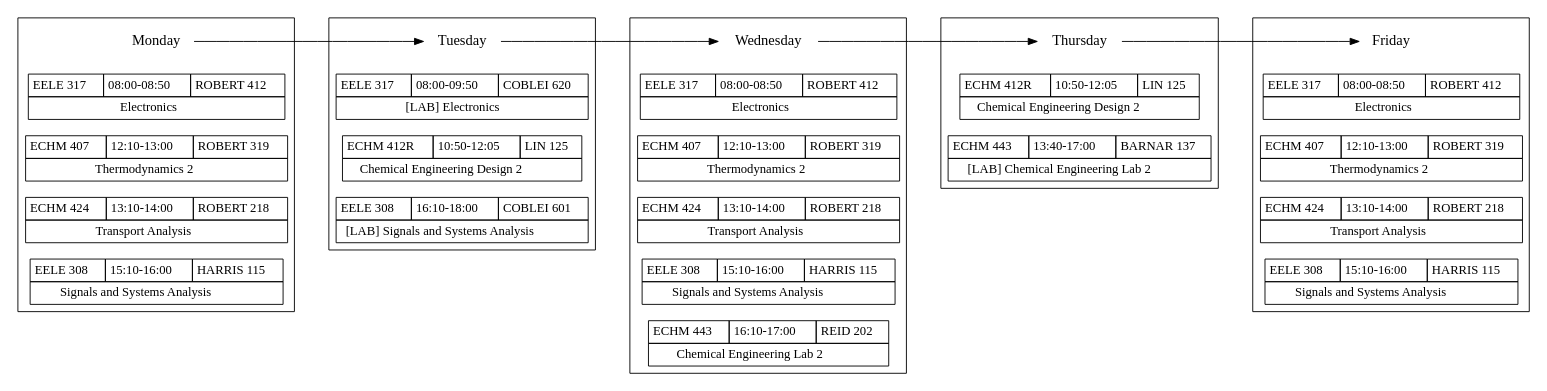
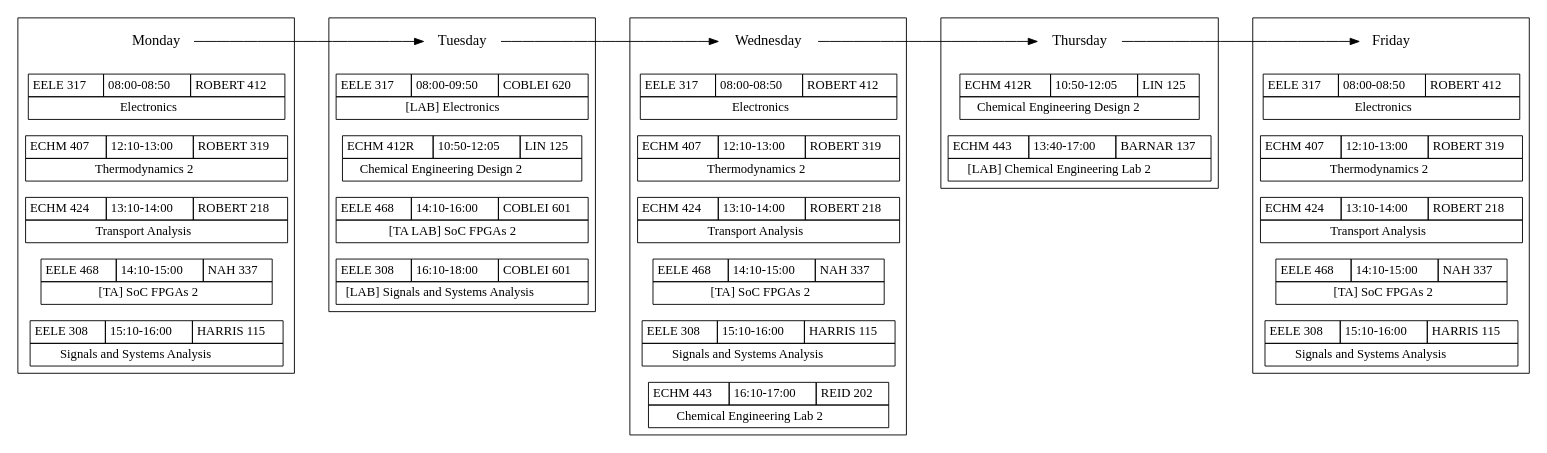
Before and after one commit to w-culhane/schedule-flowchart: the diagram in schedule_4-senior-sem-2-spring.gv, drawn with Graphviz.

Commit message:
Add preliminary TA schedule

```diff
--- a/schedule_4-senior-sem-2-spring.gv
+++ b/schedule_4-senior-sem-2-spring.gv
@@ -6,7 +6,7 @@
     }
 
     {node [shape=none, margin=0]
-	subgraph clustermonday { rank = same; "Monday"; "EELE317-m"; "ECHM407-m"; "ECHM424-m"; "EELE308-m"; }
+	subgraph clustermonday { rank = same; "Monday"; "EELE317-m"; "ECHM407-m"; "ECHM424-m"; "EELE468-m-TA"; "EELE308-m"; }
     }
 
     "EELE317-m" [label=<
@@ -39,6 +39,16 @@
 		 <TR><TD COLSPAN="3">Transport Analysis</TD></TR>
 		 </TABLE>>];
 
+    "EELE468-m-TA" [label=<
+		    <TABLE BORDER="0" CELLBORDER="1" CELLSPACING="0" CELLPADDING="4">
+		    <TR>
+		    <TD>EELE 468</TD>
+		    <TD>14:10-15:00</TD>
+		    <TD>NAH 337</TD>
+		    </TR>
+		    <TR><TD COLSPAN="3">[TA] SoC FPGAs 2</TD></TR>
+		    </TABLE>>];
+
     "EELE308-m" [label=<
 		 <TABLE BORDER="0" CELLBORDER="1" CELLSPACING="0" CELLPADDING="4">
 		 <TR>
@@ -50,7 +60,7 @@
 		 </TABLE>>];
 
     {node [shape=none, margin=0]
-	subgraph clustertuesday { rank = same; "Tuesday"; "EELE317-t-lab"; "ECHM412R-t"; "EELE308-t"; }
+	subgraph clustertuesday { rank = same; "Tuesday"; "EELE317-t-lab"; "ECHM412R-t"; "EELE468-t-TA"; "EELE308-t"; }
     }
 
     "EELE317-t-lab" [label=<
@@ -73,6 +83,16 @@
 		  <TR><TD COLSPAN="3">Chemical Engineering Design 2</TD></TR>
 		  </TABLE>>];
 
+    "EELE468-t-TA" [label=<
+		    <TABLE BORDER="0" CELLBORDER="1" CELLSPACING="0" CELLPADDING="4">
+		    <TR>
+		    <TD>EELE 468</TD>
+		    <TD>14:10-16:00</TD>
+		    <TD>COBLEI 601</TD>
+		    </TR>
+		    <TR><TD COLSPAN="3">[TA LAB] SoC FPGAs 2</TD></TR>
+		    </TABLE>>];
+
     "EELE308-t" [label=<
 		 <TABLE BORDER="0" CELLBORDER="1" CELLSPACING="0" CELLPADDING="4">
 		 <TR>
@@ -84,7 +104,7 @@
 		 </TABLE>>];
 
     {node [shape=none, margin=0]
-	subgraph clusterwednesday { rank = same; "Wednesday"; "EELE317-w"; "ECHM407-w"; "ECHM424-w"; "EELE308-w"; "ECHM443-w"; }
+	subgraph clusterwednesday { rank = same; "Wednesday"; "EELE317-w"; "ECHM407-w"; "ECHM424-w"; "EELE468-w-TA"; "EELE308-w"; "ECHM443-w"; }
     }
 
     "EELE317-w" [label=<
@@ -116,6 +136,16 @@
 		 </TR>
 		 <TR><TD COLSPAN="3">Transport Analysis</TD></TR>
 		 </TABLE>>];
+
+    "EELE468-w-TA" [label=<
+		    <TABLE BORDER="0" CELLBORDER="1" CELLSPACING="0" CELLPADDING="4">
+		    <TR>
+		    <TD>EELE 468</TD>
+		    <TD>14:10-15:00</TD>
+		    <TD>NAH 337</TD>
+		    </TR>
+		    <TR><TD COLSPAN="3">[TA] SoC FPGAs 2</TD></TR>
+		    </TABLE>>];
 
     "EELE308-w" [label=<
 		 <TABLE BORDER="0" CELLBORDER="1" CELLSPACING="0" CELLPADDING="4">
@@ -162,7 +192,7 @@
 		 </TABLE>>];
 
     {node [shape=none, margin=0]
-	subgraph clusterfriday { rank = same; "Friday"; "EELE317-f"; "ECHM407-f"; "ECHM424-f"; "EELE308-f"; }
+	subgraph clusterfriday { rank = same; "Friday"; "EELE317-f"; "ECHM407-f"; "ECHM424-f"; "EELE468-f-TA"; "EELE308-f"; }
     }
 
     "EELE317-f" [label=<
@@ -195,6 +225,16 @@
 		 <TR><TD COLSPAN="3">Transport Analysis</TD></TR>
 		 </TABLE>>];
 
+    "EELE468-f-TA" [label=<
+		    <TABLE BORDER="0" CELLBORDER="1" CELLSPACING="0" CELLPADDING="4">
+		    <TR>
+		    <TD>EELE 468</TD>
+		    <TD>14:10-15:00</TD>
+		    <TD>NAH 337</TD>
+		    </TR>
+		    <TR><TD COLSPAN="3">[TA] SoC FPGAs 2</TD></TR>
+		    </TABLE>>];
+
     "EELE308-f" [label=<
 		 <TABLE BORDER="0" CELLBORDER="1" CELLSPACING="0" CELLPADDING="4">
 		 <TR>
```
